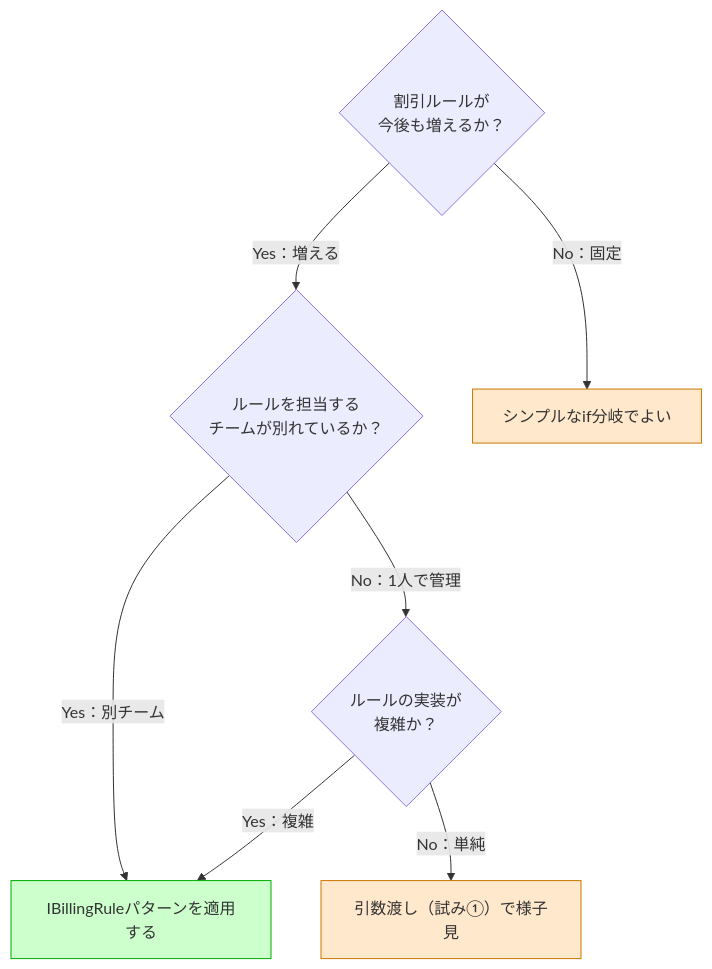
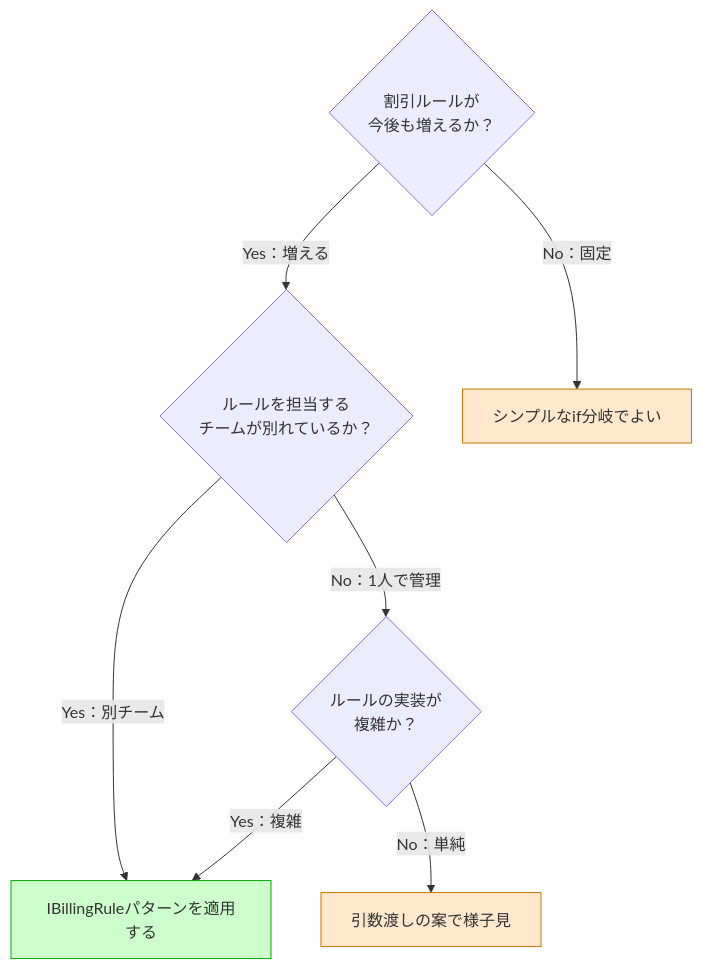
The fifth of 7 diagrams in kindle/design-patterns/output/chapter01.md (kumachan1101-pixel/DesignPattern), drawn with Mermaid before and after one commit. The commit also changed other lines of this file, not shown here.

````diff
--- a/kindle/design-patterns/output/chapter01.md
+++ b/kindle/design-patterns/output/chapter01.md
@@ -761,20 +686,20 @@
 ```mermaid
 flowchart TD
     Q1{"割引ルールが\n今後も増えるか？"}
     Q2{"ルールを担当する\nチームが別れているか？"}
     Q3{"ルールの実装が\n複雑か？"}
     R1["シンプルなif分岐でよい"]
     R2["IBillingRuleパターンを適用する"]
-    R3["引数渡し（試み①）で様子見"]
+    R3["引数渡しの案で様子見"]
 
     Q1 -->|No：固定| R1
     Q1 -->|Yes：増える| Q2
     Q2 -->|Yes：別チーム| R2
     Q2 -->|No：1人で管理| Q3
     Q3 -->|Yes：複雑| R2
     Q3 -->|No：単純| R3
 
     style R2 fill:#ccffcc,stroke:#00aa00
     style R1 fill:#ffe8cc,stroke:#cc7700
     style R3 fill:#ffe8cc,stroke:#cc7700
 ```
````
